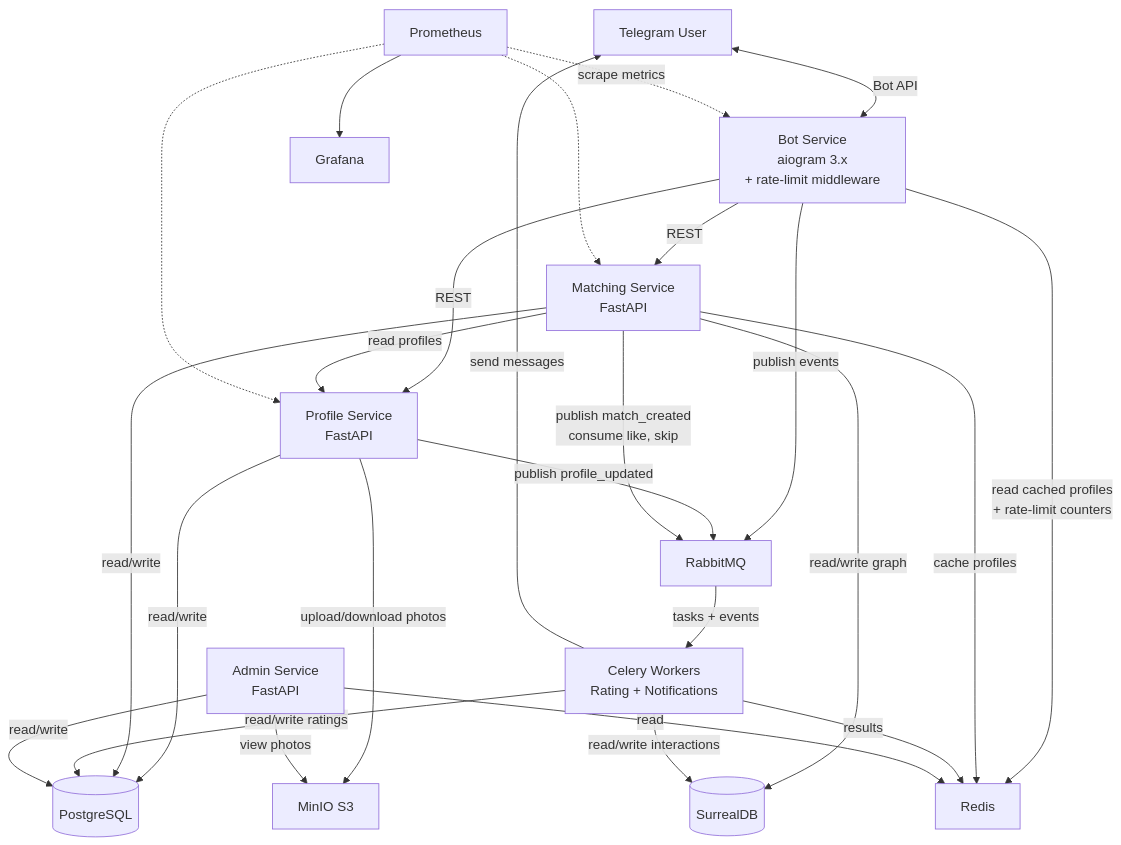
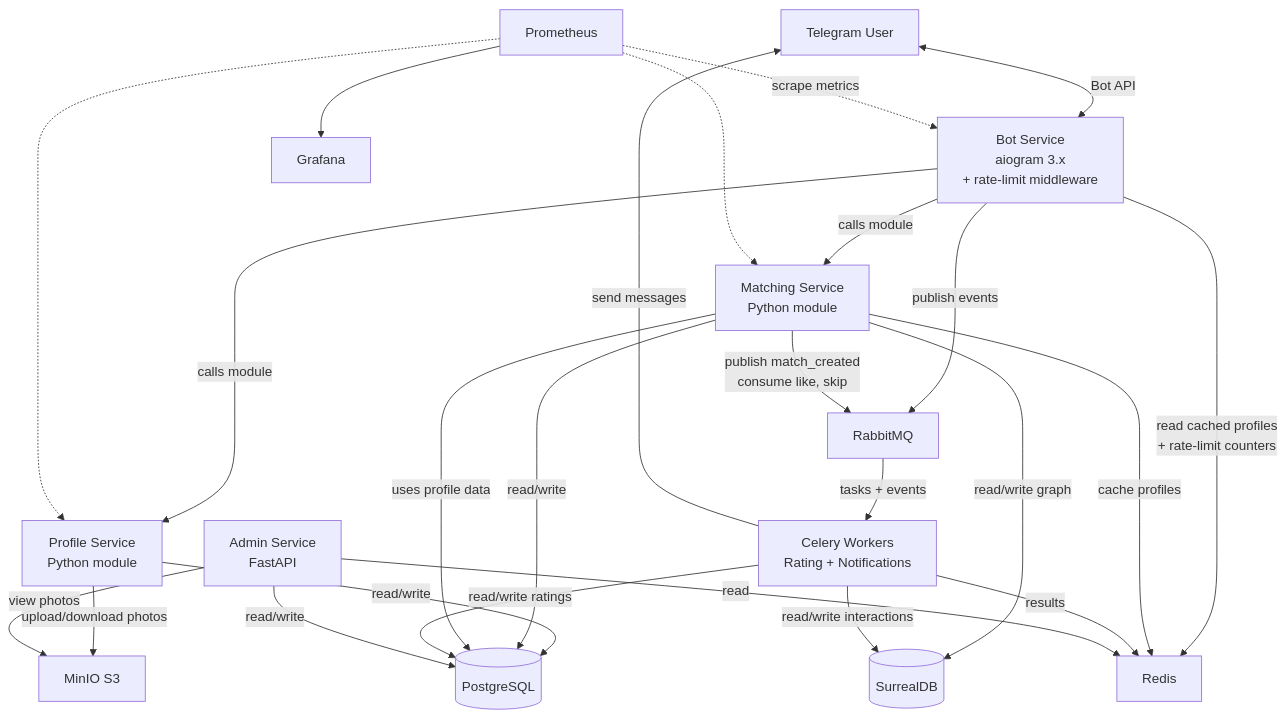
The first of 3 diagrams in DOCS/README.md (Dwots/Dating-bot), drawn with Mermaid before and after one commit. The commit also changed other lines of this file, not shown here.

````diff
--- a/DOCS/README.md
+++ b/DOCS/README.md
@@ -65,34 +65,33 @@
 ```mermaid
 graph TB
     TG[Telegram User] <-->|Bot API| BOT[Bot Service<br/>aiogram 3.x<br/>+ rate-limit middleware]
 
-    BOT -->|REST| PS[Profile Service<br/>FastAPI]
-    BOT -->|REST| MS[Matching Service<br/>FastAPI]
+    BOT -->|calls module| PS[Profile Service<br/>Python module]
+    BOT -->|calls module| MS[Matching Service<br/>Python module]
     BOT -->|publish events| MQ[RabbitMQ]
     BOT -->|read cached profiles<br/>+ rate-limit counters| RD[Redis]
 
     PS -->|read/write| PG[(PostgreSQL)]
     PS -->|upload/download photos| S3[MinIO S3]
-    PS -->|publish profile_updated| MQ
 
     MS -->|read/write| PG
     MS -->|read/write graph| SDB[(SurrealDB)]
     MS -->|cache profiles| RD
-    MS -->|read profiles| PS
+    MS -->|uses profile data| PG
     MS -->|publish match_created<br/>consume like, skip| MQ
 
     MQ -->|tasks + events| CW[Celery Workers<br/>Rating + Notifications]
 
     CW -->|read/write ratings| PG
     CW -->|read/write interactions| SDB
     CW -->|results| RD
     CW -->|send messages| TG
     ADM[Admin Service<br/>FastAPI] -->|read/write| PG
     ADM -->|read| RD
     ADM -->|view photos| S3
 
     PROM[Prometheus] -.->|scrape metrics| BOT
     PROM -.-> PS
     PROM -.-> MS
     PROM --> GF[Grafana]
 ```
````
